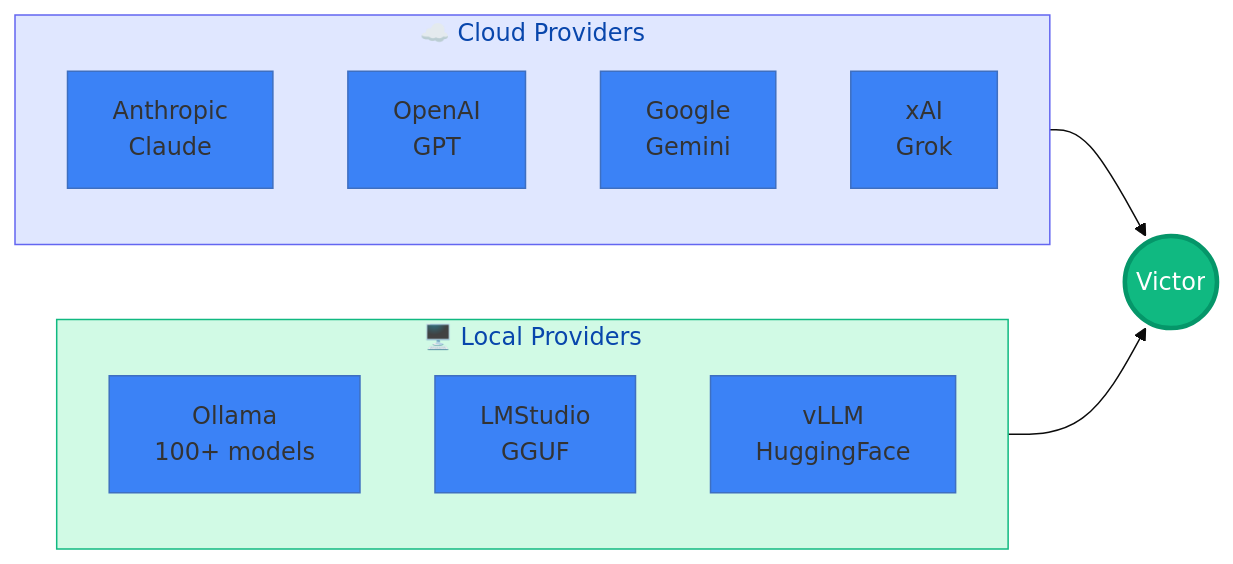
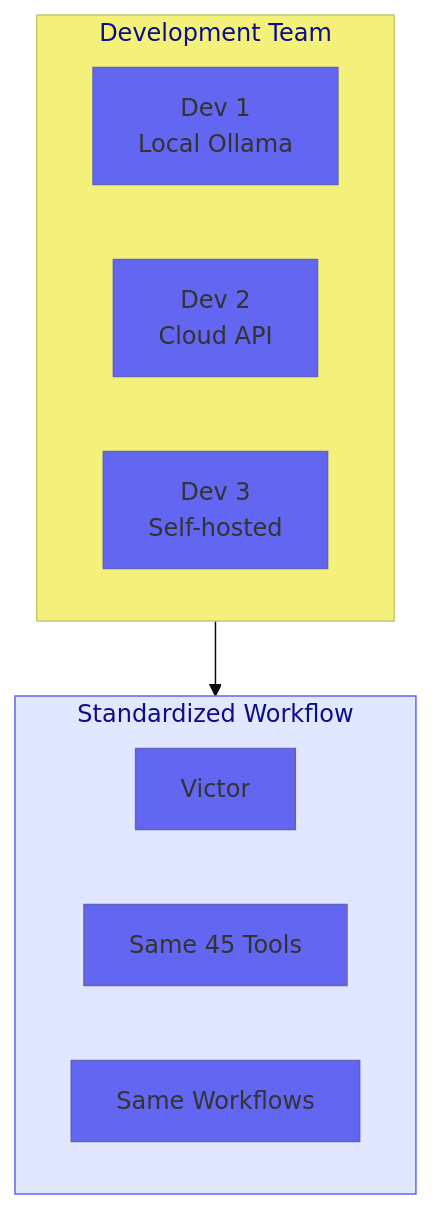
The second of 5 diagrams in README.md (vjsingh1984/victor), drawn with Mermaid before and after one commit. The commit also changed other lines of this file and 154 other files, not shown here.

````diff
--- a/README.md
+++ b/README.md
@@ -168,25 +107,19 @@
 ```mermaid
-%%{init: {'theme': 'base', 'themeVariables': { 'primaryColor': '#3B82F6'}}}%%
-graph LR
-    subgraph Cloud["☁️ Cloud Providers"]
-        Claude["Anthropic<br/>Claude"]
-        OpenAI["OpenAI<br/>GPT"]
-        Google["Google<br/>Gemini"]
-        xAI["xAI<br/>Grok"]
+%%{init: {'theme': 'base', 'themeVariables': { 'primaryColor': '#6366F1'}}}%%
+flowchart TB
+    subgraph Team["Development Team"]
+        D1["Dev 1<br/>Local Ollama"]
+        D2["Dev 2<br/>Cloud API"]
+        D3["Dev 3<br/>Self-hosted"]
     end
 
-    subgraph Local["🖥️ Local Providers"]
-        Ollama["Ollama<br/>100+ models"]
-        LMStudio["LMStudio<br/>GGUF"]
-        vLLM["vLLM<br/>HuggingFace"]
+    subgraph Standard["Standardized Workflow"]
+        V["Victor"]
+        T["Same 45 Tools"]
+        W["Same Workflows"]
     end
 
-    Victor((Victor))
+    Team --> Standard
 
-    Cloud --> Victor
-    Local --> Victor
-
-    style Victor fill:#10B981,stroke:#059669,color:#fff,stroke-width:3px
-    style Cloud fill:#E0E7FF,stroke:#6366F1
-    style Local fill:#D1FAE5,stroke:#10B981
+    style Standard fill:#E0E7FF,stroke:#6366F1
 ```
````
